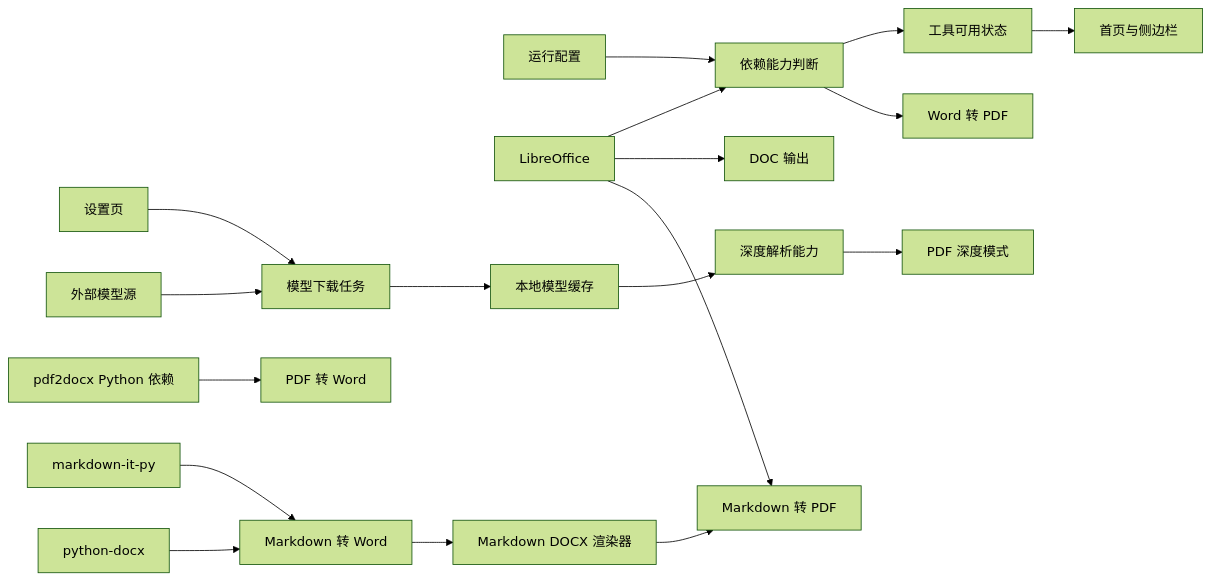
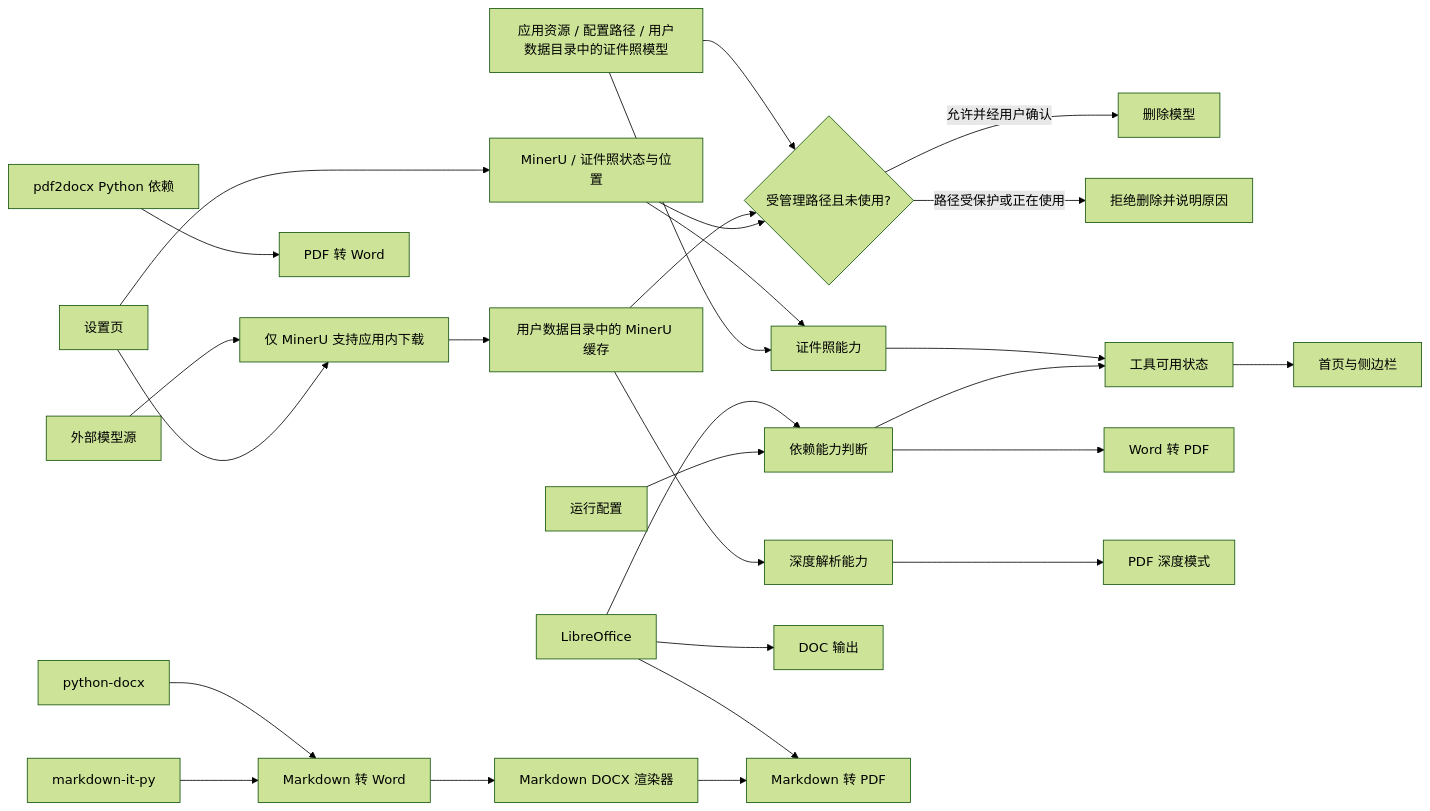
Before and after one commit to ddll8023/tools: the fifth of 10 diagrams in doc/模块说明文档.md, drawn with Mermaid (forest theme). The commit also changed other lines of this file and 20 other files, not shown here.

````diff
--- a/doc/模块说明文档.md
+++ b/doc/模块说明文档.md
@@ -460,20 +463,29 @@
 ```mermaid
 flowchart LR
     Config[运行配置] --> DependencyCheck[依赖能力判断]
     LibreOffice[LibreOffice] --> DependencyCheck
-    Settings[设置页] --> ModelDownload[模型下载任务]
+    Settings[设置页] --> ModelStatus[MinerU / 证件照状态与位置]
+    Settings --> ModelDownload[仅 MinerU 支持应用内下载]
     ModelSource[外部模型源] --> ModelDownload
-    ModelDownload --> ModelCache[本地模型缓存]
-    ModelCache --> DeepCapability[深度解析能力]
+    ModelDownload --> MineruCache[用户数据目录中的 MinerU 缓存]
+    PhotoResources[应用资源 / 配置路径 / 用户数据目录中的证件照模型] --> PhotoCapability[证件照能力]
+    ModelStatus --> PhotoCapability
+    ModelStatus --> DeleteGate{受管理路径且未使用?}
+    MineruCache --> DeleteGate
+    PhotoResources --> DeleteGate
+    DeleteGate -->|允许并经用户确认| DeleteModel[删除模型]
+    DeleteGate -->|路径受保护或正在使用| KeepModel[拒绝删除并说明原因]
+    MineruCache --> DeepCapability[深度解析能力]
     DependencyCheck --> Catalog[工具可用状态]
+    PhotoCapability --> Catalog
     Catalog --> Navigation[首页与侧边栏]
     DependencyCheck --> Word[Word 转 PDF]
     Pdf2Docx[pdf2docx Python 依赖] --> PDFWord[PDF 转 Word]
     MarkdownParser[markdown-it-py] --> MarkdownWord[Markdown 转 Word]
     PythonDocx[python-docx] --> MarkdownWord
     MarkdownWord --> MarkdownDocx[DOCX 输出]
     LibreOffice --> MarkdownDoc[DOC 输出]
     MarkdownDocx[Markdown DOCX 渲染器] --> MarkdownPdf[Markdown 转 PDF]
     LibreOffice --> MarkdownPdf
     DeepCapability --> PDF[PDF 深度模式]
 ```
````
